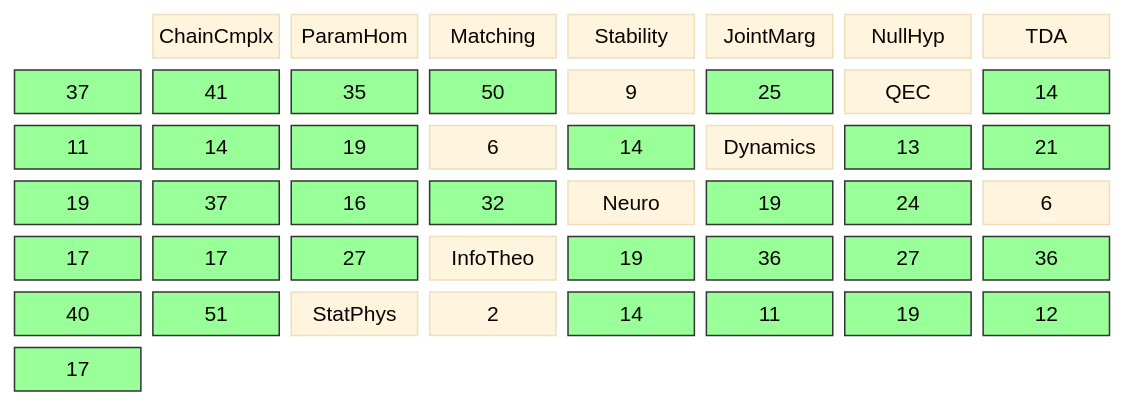
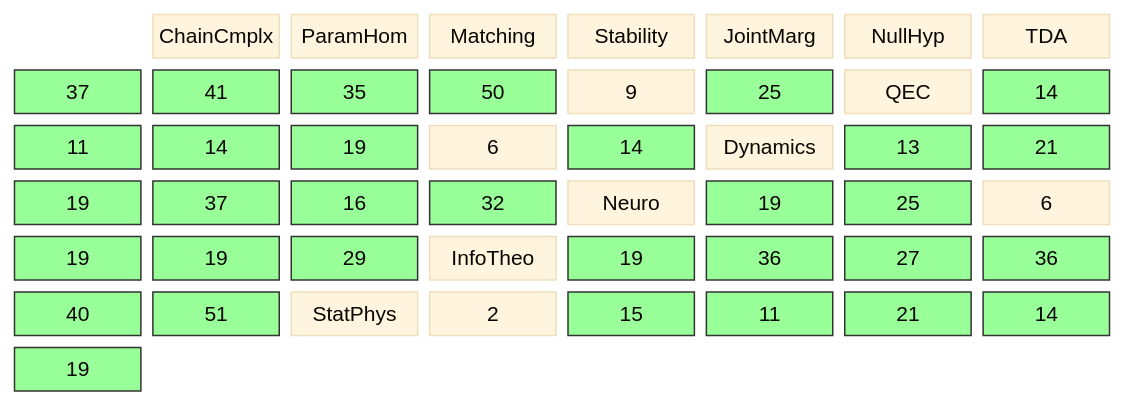
One commit to musicofhel/topoyolo changed the diagram in diagrams/coverage-matrix.md. Above: the diagram before and after it, drawn with Mermaid. The commit also changed other lines of this file and 8 other files, not shown here.

````diff
--- a/diagrams/coverage-matrix.md
+++ b/diagrams/coverage-matrix.md
@@ -22,46 +22,46 @@
 ```mermaid
 %%{init: {'theme': 'base', 'themeVariables': {'fontSize': '14px'}}}%%
 block-beta
   columns 8
 
   space:1 CC["ChainCmplx"] PH["ParamHom"] MA["Matching"] ST["Stability"] JM["JointMarg"] NH["NullHyp"]
 
   TDA["TDA"] TDA_CC["37"] TDA_PH["41"] TDA_MA["35"] TDA_ST["50"] TDA_JM["9"] TDA_NH["25"]
   QEC["QEC"] QEC_CC["14"] QEC_PH["11"] QEC_MA["14"] QEC_ST["19"] QEC_JM["6"] QEC_NH["14"]
   DYN["Dynamics"] DYN_CC["13"] DYN_PH["21"] DYN_MA["19"] DYN_ST["37"] DYN_JM["16"] DYN_NH["32"]
-  NEU["Neuro"] NEU_CC["19"] NEU_PH["24"] NEU_MA["6"] NEU_ST["17"] NEU_JM["17"] NEU_NH["27"]
+  NEU["Neuro"] NEU_CC["19"] NEU_PH["25"] NEU_MA["6"] NEU_ST["19"] NEU_JM["19"] NEU_NH["29"]
   IT["InfoTheo"] IT_CC["19"] IT_PH["36"] IT_MA["27"] IT_ST["36"] IT_JM["40"] IT_NH["51"]
-  SP["StatPhys"] SP_CC["2"] SP_PH["14"] SP_MA["11"] SP_ST["19"] SP_JM["12"] SP_NH["17"]
+  SP["StatPhys"] SP_CC["2"] SP_PH["15"] SP_MA["11"] SP_ST["21"] SP_JM["14"] SP_NH["19"]
   style TDA_CC fill:#9f9,stroke:#333
   style TDA_PH fill:#9f9,stroke:#333
   style TDA_MA fill:#9f9,stroke:#333
   style TDA_ST fill:#9f9,stroke:#333
   style TDA_NH fill:#9f9,stroke:#333
   style QEC_CC fill:#9f9,stroke:#333
   style QEC_PH fill:#9f9,stroke:#333
   style QEC_MA fill:#9f9,stroke:#333
   style QEC_ST fill:#9f9,stroke:#333
   style QEC_NH fill:#9f9,stroke:#333
   style DYN_CC fill:#9f9,stroke:#333
   style DYN_PH fill:#9f9,stroke:#333
   style DYN_MA fill:#9f9,stroke:#333
   style DYN_ST fill:#9f9,stroke:#333
   style DYN_JM fill:#9f9,stroke:#333
   style DYN_NH fill:#9f9,stroke:#333
   style NEU_CC fill:#9f9,stroke:#333
   style NEU_PH fill:#9f9,stroke:#333
   style NEU_ST fill:#9f9,stroke:#333
   style NEU_JM fill:#9f9,stroke:#333
   style NEU_NH fill:#9f9,stroke:#333
   style IT_CC fill:#9f9,stroke:#333
   style IT_PH fill:#9f9,stroke:#333
   style IT_MA fill:#9f9,stroke:#333
   style IT_ST fill:#9f9,stroke:#333
   style IT_JM fill:#9f9,stroke:#333
   style IT_NH fill:#9f9,stroke:#333
   style SP_PH fill:#9f9,stroke:#333
   style SP_MA fill:#9f9,stroke:#333
   style SP_ST fill:#9f9,stroke:#333
   style SP_JM fill:#9f9,stroke:#333
   style SP_NH fill:#9f9,stroke:#333
 ```
````
